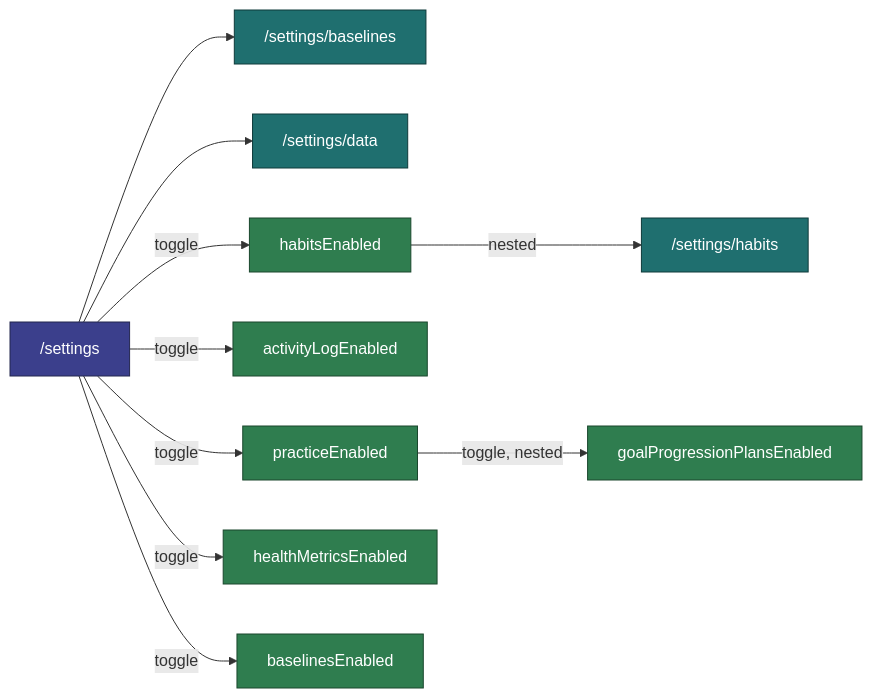
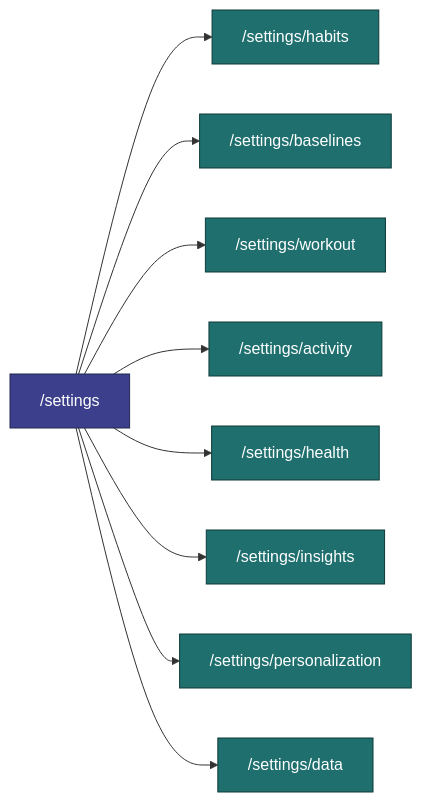
Before and after one commit to jermbo/CosmicWorkOut: the first of 2 diagrams in docs/requirements/settings-preferences.md, drawn with Mermaid. The commit also changed other lines of this file and 197 other files, not shown here.

````diff
--- a/docs/requirements/settings-preferences.md
+++ b/docs/requirements/settings-preferences.md
@@ -47,20 +53,17 @@
 ```mermaid
 flowchart LR
     Hub["/settings"]
+    Hub --> Hab["/settings/habits"]
     Hub --> Base["/settings/baselines"]
+    Hub --> Work["/settings/workout"]
+    Hub --> Act["/settings/activity"]
+    Hub --> Hea["/settings/health"]
+    Hub --> Ins["/settings/insights"]
+    Hub --> Per["/settings/personalization"]
     Hub --> Data["/settings/data"]
-    Hub -->|toggle| Habits[habitsEnabled]
-    Habits -->|nested| Hab["/settings/habits"]
-    Hub -->|toggle| Activity[activityLogEnabled]
-    Hub -->|toggle| Practice[practiceEnabled]
-    Practice -->|toggle, nested| Lift[goalProgressionPlansEnabled]
-    Hub -->|toggle| Health[healthMetricsEnabled]
-    Hub -->|toggle| Baselines[baselinesEnabled]
 
     classDef hub fill:#3b3f8c,stroke:#23264f,color:#ffffff;
     classDef route fill:#1f6f6f,stroke:#0f3a3a,color:#ffffff;
-    classDef toggle fill:#2f7d4f,stroke:#1a472d,color:#ffffff;
     class Hub hub;
-    class Hab,Base,Data route;
-    class Habits,Activity,Practice,Lift,Health,Baselines toggle;
+    class Hab,Base,Work,Act,Hea,Ins,Per,Data route;
 ```
````
